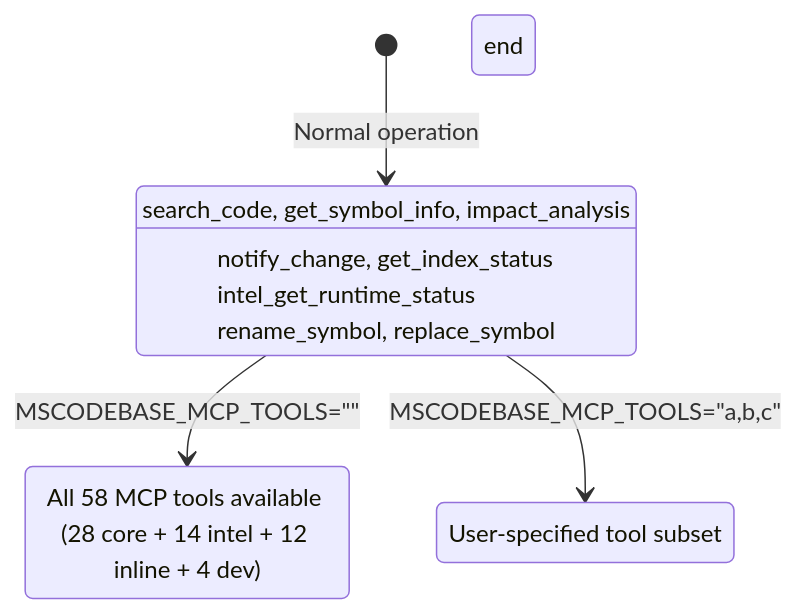
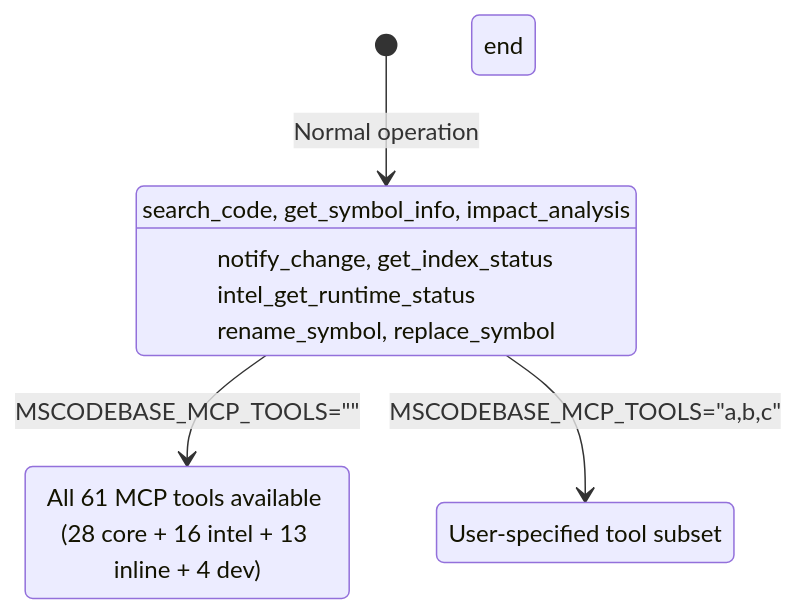
One commit to ManSio/mscodebase-intelligence changed the third of 4 diagrams in docs/en/GRACEFUL_DEGRADATION.md. Above: the diagram before and after it, drawn with Mermaid. The commit also changed 30 other files, not shown here.

````diff
--- a/docs/en/GRACEFUL_DEGRADATION.md
+++ b/docs/en/GRACEFUL_DEGRADATION.md
@@ -84,22 +84,22 @@
 ```mermaid
 stateDiagram-v2
     [*] --> DEFAULT_TOOLS: Normal operation
 
     state DEFAULT_TOOLS[Visible: 12 tools]
         DEFAULT_TOOLS: search_code, get_symbol_info, impact_analysis
         DEFAULT_TOOLS: notify_change, get_index_status
         DEFAULT_TOOLS: intel_get_runtime_status
         DEFAULT_TOOLS: rename_symbol, replace_symbol
     end
 
     DEFAULT_TOOLS --> ALL_TOOLS: MSCODEBASE_MCP_TOOLS=""
     DEFAULT_TOOLS --> CUSTOM_TOOLS: MSCODEBASE_MCP_TOOLS="a,b,c"
 
-    state ALL_TOOLS[Visible: 58 tools]
-        ALL_TOOLS: All 58 MCP tools available (28 core + 14 intel + 12 inline + 4 dev)
+    state ALL_TOOLS[Visible: 61 tools]
+        ALL_TOOLS: All 61 MCP tools available (28 core + 16 intel + 13 inline + 4 dev)
     end
 
     state CUSTOM_TOOLS[Custom selection]
         CUSTOM_TOOLS: User-specified tool subset
     end
 ```
````
